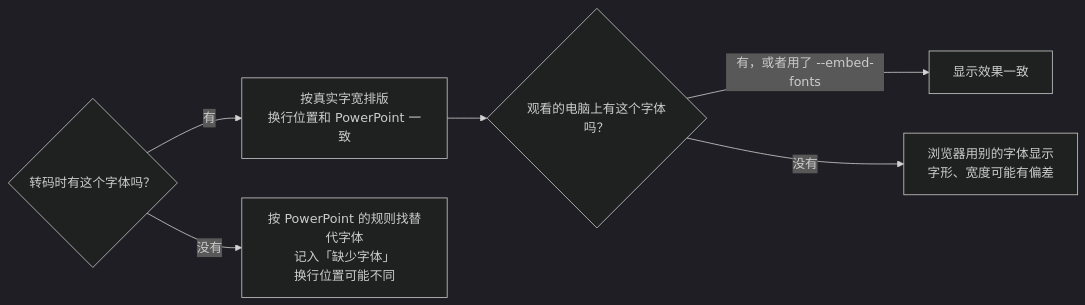
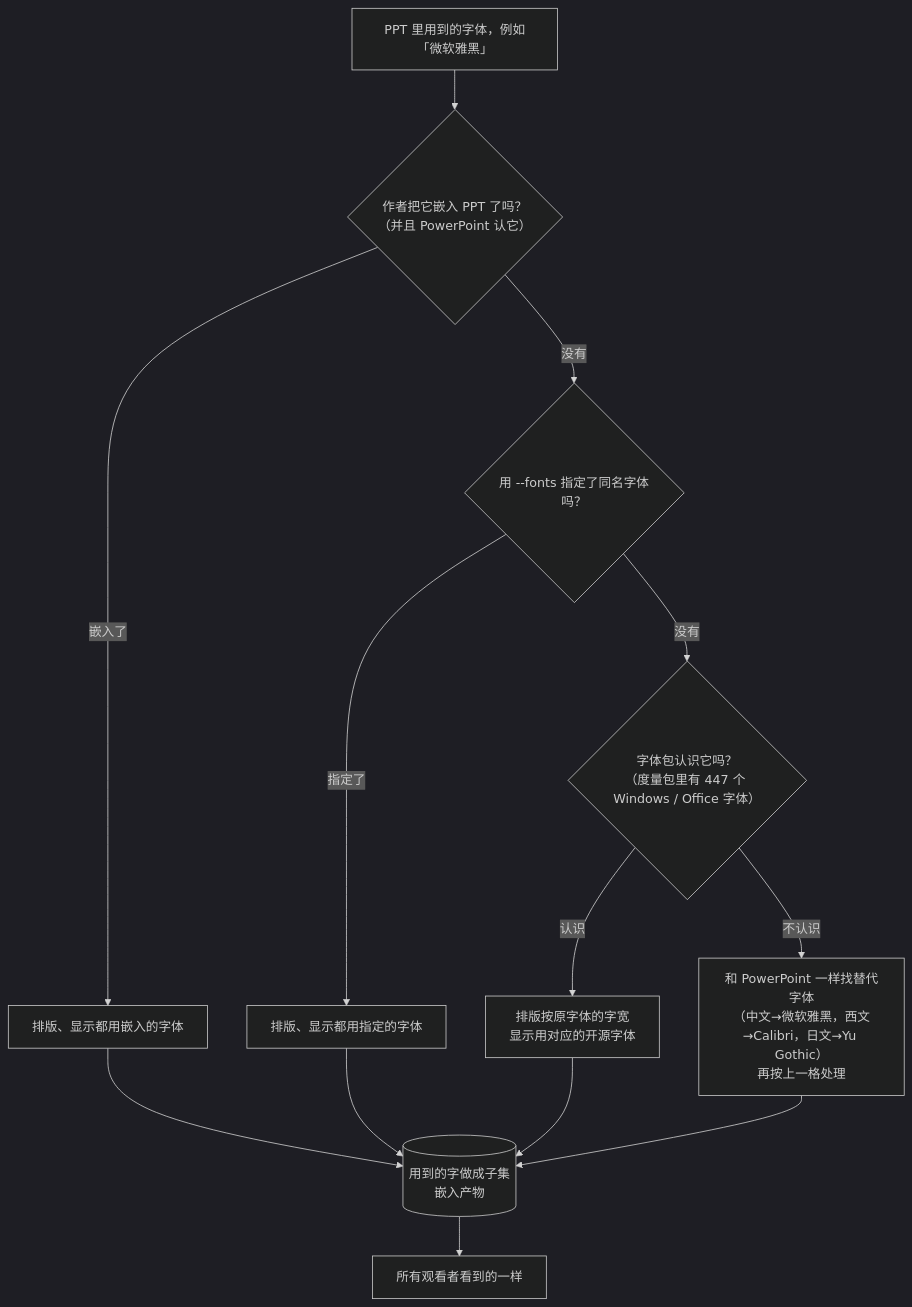
The fifth of 5 diagrams in docs/zh/getting-started.md (spitmaster/unppt), drawn with Mermaid (dark theme) before and after one commit. The commit also changed other lines of this file and 15 other files, not shown here.

````diff
--- a/docs/zh/getting-started.md
+++ b/docs/zh/getting-started.md
@@ -383,8 +405,15 @@
 ```mermaid
-flowchart LR
-  F{"转码时有这个字体吗？"} -->|"有"| OK["按真实字宽排版<br/>换行位置和 PowerPoint 一致"]
-  F -->|"没有"| MISS["按 PowerPoint 的规则找替代字体<br/>记入「缺少字体」<br/>换行位置可能不同"]
-  OK --> V{"观看的电脑上有这个字体吗？"}
-  V -->|"有，或者用了 --embed-fonts"| GOOD["显示效果一致"]
-  V -->|"没有"| DIFF["浏览器用别的字体显示<br/>字形、宽度可能有偏差"]
+flowchart TD
+  F["PPT 里用到的字体，例如「微软雅黑」"] --> E{"作者把它嵌入 PPT 了吗？<br/>（并且 PowerPoint 认它）"}
+  E -->|"嵌入了"| EMB["排版、显示都用嵌入的字体"]
+  E -->|"没有"| S{"用 --fonts 指定了同名字体吗？"}
+  S -->|"指定了"| SPEC["排版、显示都用指定的字体"]
+  S -->|"没有"| K{"字体包认识它吗？<br/>（度量包里有 447 个 Windows / Office 字体）"}
+  K -->|"认识"| DEF["排版按原字体的字宽<br/>显示用对应的开源字体"]
+  K -->|"不认识"| SUB["和 PowerPoint 一样找替代字体<br/>（中文→微软雅黑，西文→Calibri，日文→Yu Gothic）<br/>再按上一格处理"]
+  EMB --> OUT[("用到的字做成子集<br/>嵌入产物")]
+  SPEC --> OUT
+  DEF --> OUT
+  SUB --> OUT
+  OUT --> V["所有观看者看到的一样"]
 ```
````
